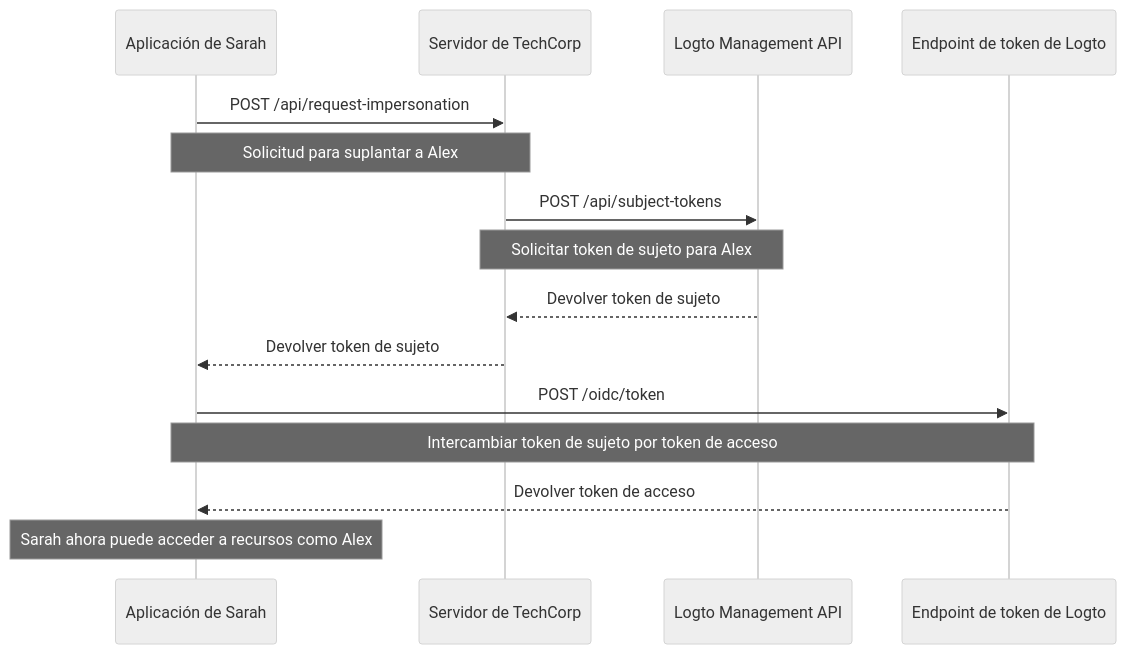
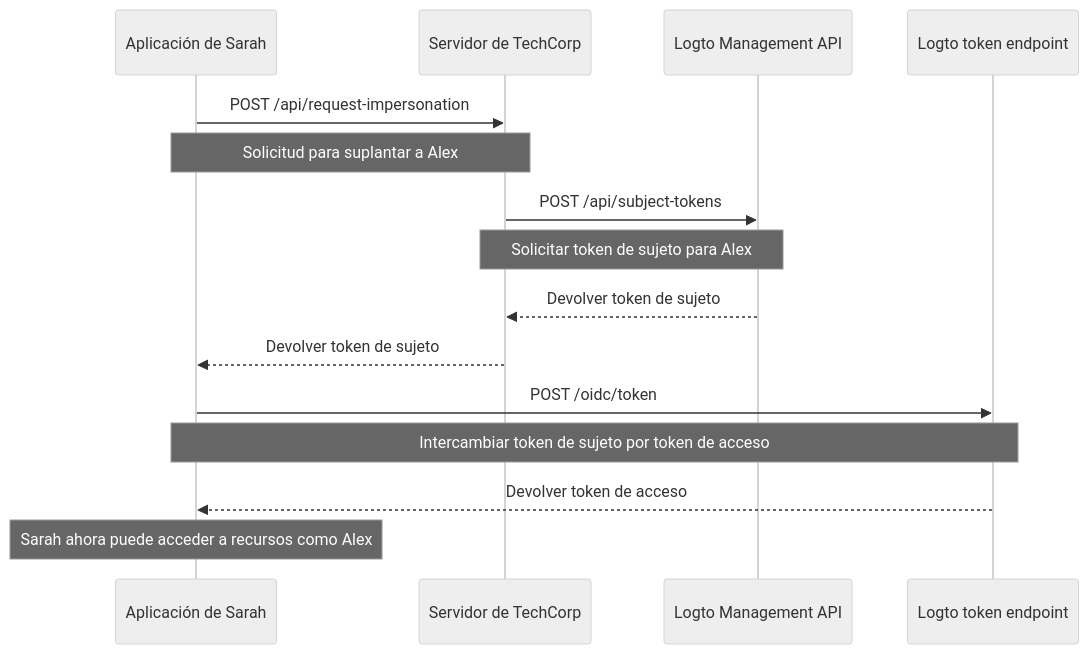
One commit to logto-io/docs changed the diagram in i18n/es/docusaurus-plugin-content-docs/current/developers/user-impersonation.mdx. Above: the diagram before and after it, drawn with Mermaid (neutral theme). The commit also changed other lines of this file and 174 other files, not shown here.

````diff
--- a/i18n/es/docusaurus-plugin-content-docs/current/developers/user-impersonation.mdx
+++ b/i18n/es/docusaurus-plugin-content-docs/current/developers/user-impersonation.mdx
@@ -16,22 +16,22 @@
 ```mermaid
 sequenceDiagram
     participant Sarah as Aplicación de Sarah
     participant TechCorp as Servidor de TechCorp
     participant Logto as Logto Management API
-    participant LogtoToken as Endpoint de token de Logto
+    participant LogtoToken as Logto token endpoint
 
     Sarah->>TechCorp: POST /api/request-impersonation
     Note over Sarah,TechCorp: Solicitud para suplantar a Alex
 
     TechCorp->>Logto: POST /api/subject-tokens
     Note over TechCorp,Logto: Solicitar token de sujeto para Alex
 
     Logto-->>TechCorp: Devolver token de sujeto
     TechCorp-->>Sarah: Devolver token de sujeto
 
     Sarah->>LogtoToken: POST /oidc/token
     Note over Sarah,LogtoToken: Intercambiar token de sujeto por token de acceso
 
     LogtoToken-->>Sarah: Devolver token de acceso
     Note over Sarah: Sarah ahora puede acceder a recursos como Alex
 ```
````
